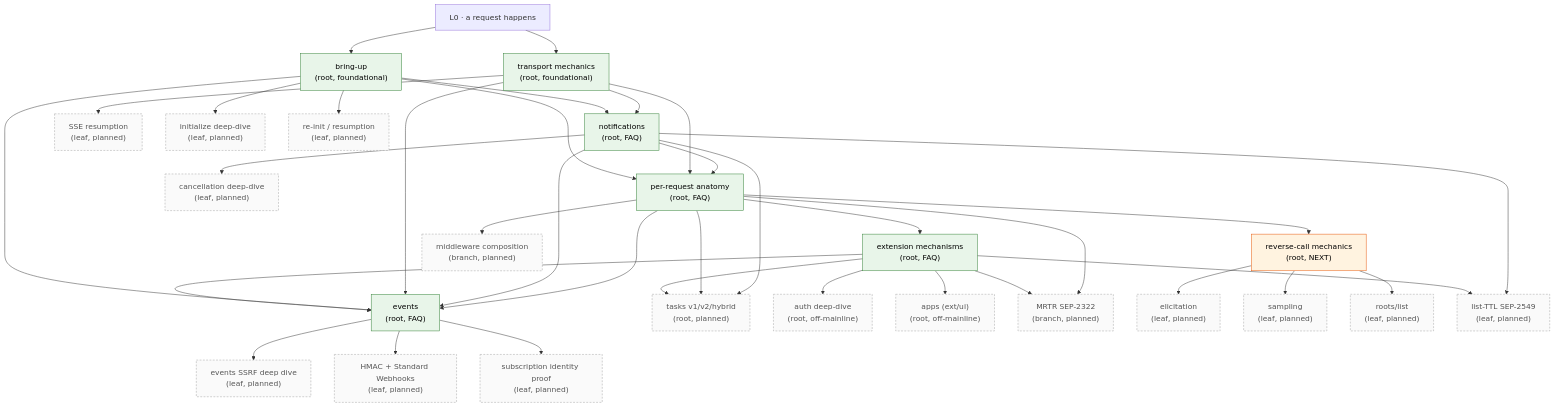
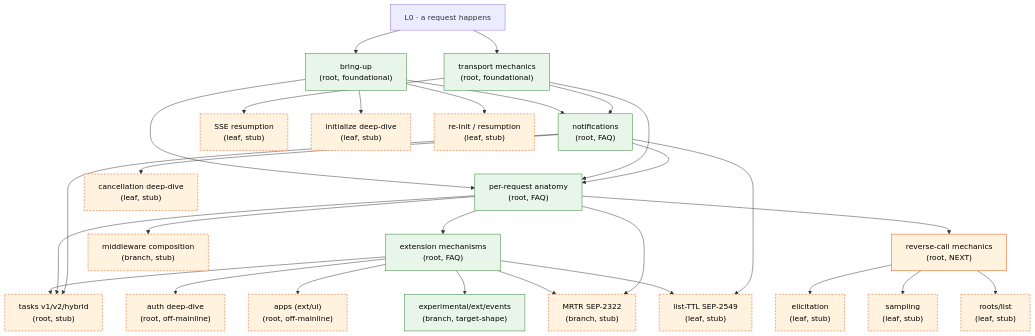
The diagram in tutorials/walkthrough/INDEX.md (panyam/mcpkit), drawn with Mermaid before and after one commit. The commit also changed other lines of this file and 26 other files, not shown here.

```diff
--- a/tutorials/walkthrough/INDEX.md
+++ b/tutorials/walkthrough/INDEX.md
@@ -76,26 +69,23 @@
     notif["notifications<br/>(root, FAQ)"]
     anat["per-request anatomy<br/>(root, FAQ)"]
     ext["extension mechanisms<br/>(root, FAQ)"]
-    events["events<br/>(root, FAQ)"]
 
     rev["reverse-call mechanics<br/>(root, NEXT)"]
-    tasks["tasks v1/v2/hybrid<br/>(root, planned)"]
+    tasks["tasks v1/v2/hybrid<br/>(root, stub)"]
     auth["auth deep-dive<br/>(root, off-mainline)"]
     apps["apps (ext/ui)<br/>(root, off-mainline)"]
 
-    resume["SSE resumption<br/>(leaf, planned)"]
-    mw["middleware composition<br/>(branch, planned)"]
-    mrtr["MRTR SEP-2322<br/>(branch, planned)"]
-    init["initialize deep-dive<br/>(leaf, planned)"]
-    reinit["re-init / resumption<br/>(leaf, planned)"]
-    eventsSsrf["events SSRF deep dive<br/>(leaf, planned)"]
-    eventsHmac["HMAC + Standard Webhooks<br/>(leaf, planned)"]
-    eventsIdentity["subscription identity proof<br/>(leaf, planned)"]
-    elicit["elicitation<br/>(leaf, planned)"]
-    sample["sampling<br/>(leaf, planned)"]
-    rootsLeaf["roots/list<br/>(leaf, planned)"]
-    canceldeep["cancellation deep-dive<br/>(leaf, planned)"]
-    listttl["list-TTL SEP-2549<br/>(leaf, planned)"]
+    resume["SSE resumption<br/>(leaf, stub)"]
+    mw["middleware composition<br/>(branch, stub)"]
+    mrtr["MRTR SEP-2322<br/>(branch, stub)"]
+    init["initialize deep-dive<br/>(leaf, stub)"]
+    reinit["re-init / resumption<br/>(leaf, stub)"]
+    events["experimental/ext/events<br/>(branch, target-shape)"]
+    elicit["elicitation<br/>(leaf, stub)"]
+    sample["sampling<br/>(leaf, stub)"]
+    rootsLeaf["roots/list<br/>(leaf, stub)"]
+    canceldeep["cancellation deep-dive<br/>(leaf, stub)"]
+    listttl["list-TTL SEP-2549<br/>(leaf, stub)"]
 
     L0 --> bringup
     L0 --> wire
@@ -111,10 +101,6 @@
     ext --> auth
     ext --> apps
     ext --> events
-    bringup --> events
-    wire --> events
-    notif --> events
-    anat --> events
     ext --> mrtr
     ext --> listttl
     anat --> rev
@@ -127,10 +113,6 @@
     bringup --> init
     bringup --> reinit
 
-    events --> eventsSsrf
-    events --> eventsHmac
-    events --> eventsIdentity
-
     rev --> elicit
     rev --> sample
     rev --> rootsLeaf
@@ -139,10 +121,10 @@
 
     classDef written fill:#e8f5e9,stroke:#2e7d32,color:#000;
     classDef next fill:#fff3e0,stroke:#e65100,color:#000;
-    classDef planned fill:#fafafa,stroke:#9e9e9e,stroke-dasharray:4 3,color:#555;
+    classDef stub fill:#fff3e0,stroke:#e65100,color:#000,stroke-dasharray:4 3;
     class bringup,wire,notif,anat,ext,events written;
     class rev next;
-    class tasks,auth,apps,resume,mw,mrtr,init,reinit,eventsSsrf,eventsHmac,eventsIdentity,elicit,sample,rootsLeaf,canceldeep,listttl planned;
+    class tasks,auth,apps,resume,mw,mrtr,init,reinit,elicit,sample,rootsLeaf,canceldeep,listttl stub;
 
     click bringup "./bringup.md"
     click wire "./transport-mechanics.md"
```
